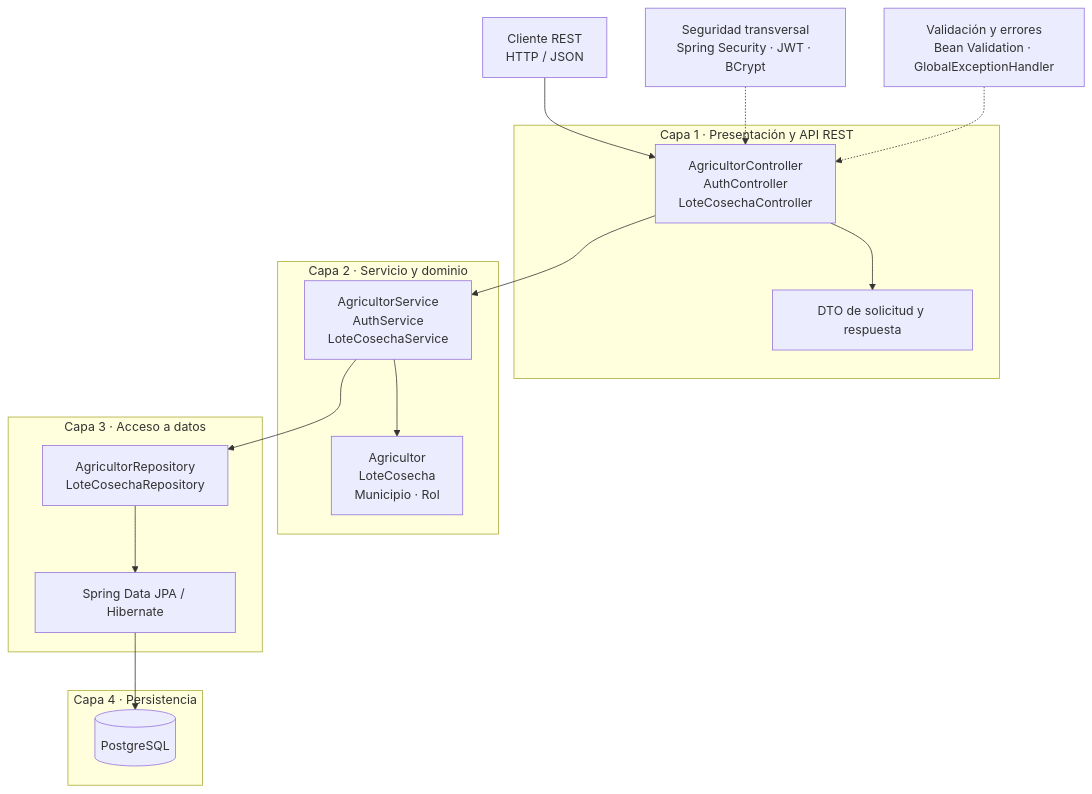
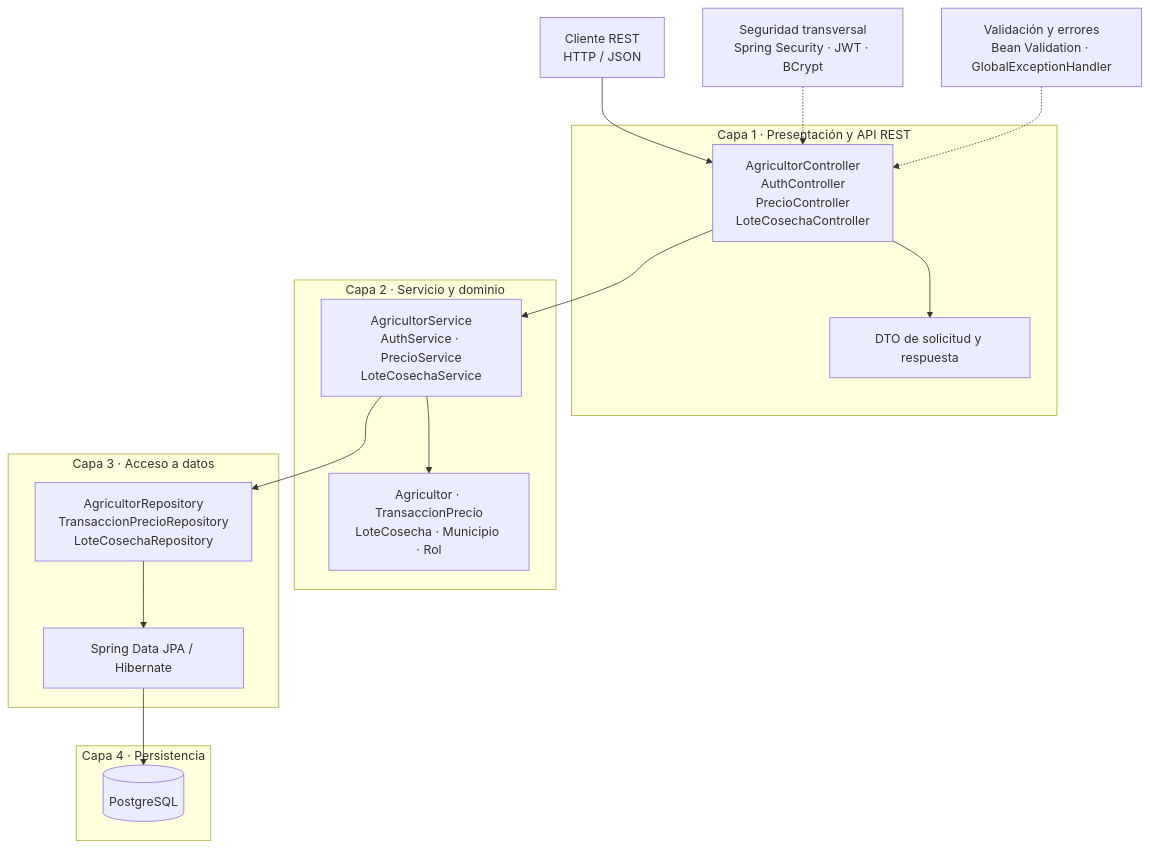
The diagram in docs/diseno/arquitectura-mvc-gof.md (JD8329/Ingenieria-de-software-2), drawn with Mermaid before and after one commit. The commit also changed other lines of this file and 8 other files, not shown here.

````diff
--- a/docs/diseno/arquitectura-mvc-gof.md
+++ b/docs/diseno/arquitectura-mvc-gof.md
@@ -12,28 +12,28 @@
 ```mermaid
 flowchart TB
     client["Cliente REST<br/>HTTP / JSON"]
     subgraph presentation["Capa 1 · Presentación y API REST"]
-        controllers["AgricultorController<br/>AuthController<br/>LoteCosechaController"]
+        controllers["AgricultorController<br/>AuthController<br/>PrecioController<br/>LoteCosechaController"]
         dto["DTO de solicitud y respuesta"]
     end
     subgraph domain["Capa 2 · Servicio y dominio"]
-        services["AgricultorService<br/>AuthService<br/>LoteCosechaService"]
-        models["Agricultor<br/>LoteCosecha<br/>Municipio · Rol"]
+        services["AgricultorService<br/>AuthService · PrecioService<br/>LoteCosechaService"]
+        models["Agricultor · TransaccionPrecio<br/>LoteCosecha · Municipio · Rol"]
     end
     subgraph access["Capa 3 · Acceso a datos"]
-        repos["AgricultorRepository<br/>LoteCosechaRepository"]
+        repos["AgricultorRepository<br/>TransaccionPrecioRepository<br/>LoteCosechaRepository"]
         jpa["Spring Data JPA / Hibernate"]
     end
     subgraph persistence["Capa 4 · Persistencia"]
         db[("PostgreSQL")]
     end
     client --> controllers
     controllers --> dto
     controllers --> services
     services --> models
     services --> repos
     repos --> jpa
     jpa --> db
     security["Seguridad transversal<br/>Spring Security · JWT · BCrypt"] -.-> controllers
     errors["Validación y errores<br/>Bean Validation · GlobalExceptionHandler"] -.-> controllers
 ```
````
